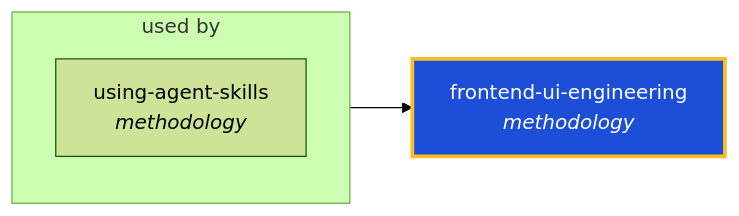
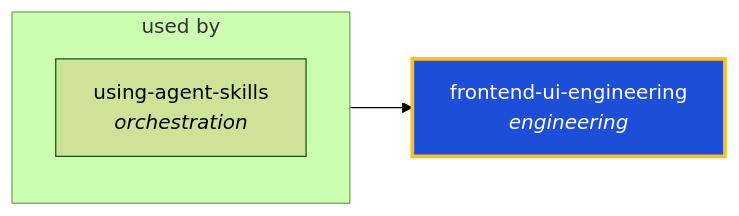
The diagram in docs/graphs/generated/frontend-ui-engineering.md (ThePlenkov/skills), drawn with Mermaid (forest theme) before and after one commit. The commit also changed other lines of this file and 76 other files, not shown here.

````diff
--- a/docs/graphs/generated/frontend-ui-engineering.md
+++ b/docs/graphs/generated/frontend-ui-engineering.md
@@ -22,13 +22,13 @@
 ```mermaid
 graph LR
-  frontend_ui_engineering["frontend-ui-engineering<br/><i>methodology</i>"]
+  frontend_ui_engineering["frontend-ui-engineering<br/><i>engineering</i>"]
   classDef center fill:#1d4ed8,stroke:#fbbf24,stroke-width:3px,color:#fff
   class frontend_ui_engineering center
 
   subgraph sg_used_by["used by"]
     direction TB
-    using_agent_skills["using-agent-skills<br/><i>methodology</i>"]
+    using_agent_skills["using-agent-skills<br/><i>orchestration</i>"]
   end
   using_agent_skills --> frontend_ui_engineering
 
 ```
````
